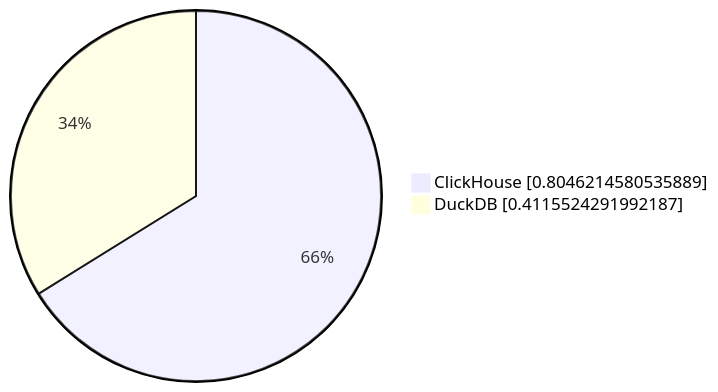
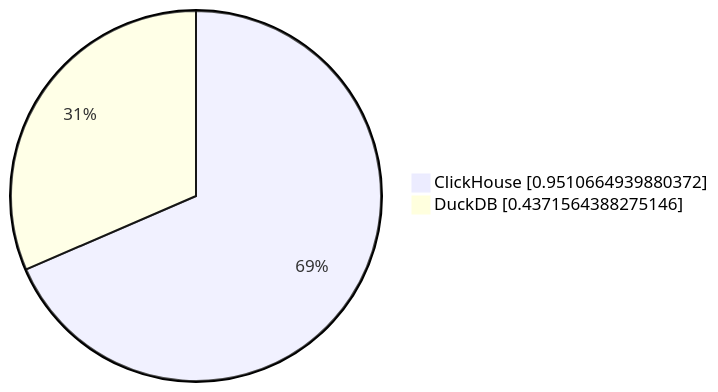
Before and after one commit to Altinity/clickhouse-regression: the fifth of 10 diagrams in parquet/performance/results/README.md, drawn with Mermaid. The commit also changed other lines of this file and 2 other files, not shown here.

````diff
--- a/parquet/performance/results/README.md
+++ b/parquet/performance/results/README.md
@@ -50,5 +50,5 @@
 ```mermaid
      pie showData
-         "ClickHouse" : 0.8046214580535889
-         "DuckDB" : 0.4115524291992187
+         "ClickHouse" : 0.9510664939880372
+         "DuckDB" : 0.4371564388275146
 ```
````
